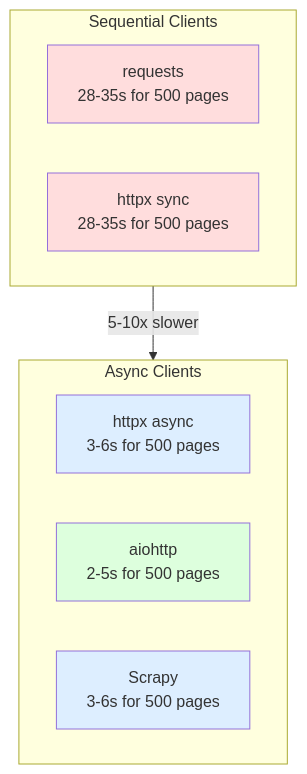
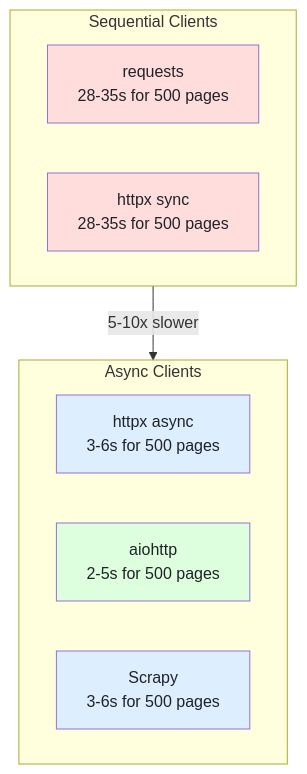
The second of 4 diagrams in _posts/2026-02-26-fastest-python-web-scraping-library-benchmarks.md (bytetunnels/bytetunnels.github.com), drawn with Mermaid before and after one commit. The commit also changed other lines of this file and 118 other files, not shown here.

Commit message:
feat: improve diagram styling and compact wide flowcharts

````diff
--- a/_posts/2026-02-26-fastest-python-web-scraping-library-benchmarks.md
+++ b/_posts/2026-02-26-fastest-python-web-scraping-library-benchmarks.md
@@ -158,21 +158,21 @@
 ```mermaid
 graph TD
     subgraph SEQ["Sequential Clients"]
         R["requests<br>28-35s for 500 pages"]
         HS["httpx sync<br>28-35s for 500 pages"]
     end
 
     subgraph ASYNC["Async Clients"]
         HA["httpx async<br>3-6s for 500 pages"]
         AIO["aiohttp<br>2-5s for 500 pages"]
         SC["Scrapy<br>3-6s for 500 pages"]
     end
 
     SEQ -->|"5-10x slower"| ASYNC
 
-    style R fill:#ffdddd
-    style HS fill:#ffdddd
-    style AIO fill:#ddffdd
-    style HA fill:#ddeeff
-    style SC fill:#ddeeff
+    style R fill:#ffdddd,color:#1f2328
+    style HS fill:#ffdddd,color:#1f2328
+    style AIO fill:#ddffdd,color:#1f2328
+    style HA fill:#ddeeff,color:#1f2328
+    style SC fill:#ddeeff,color:#1f2328
 ```
````
